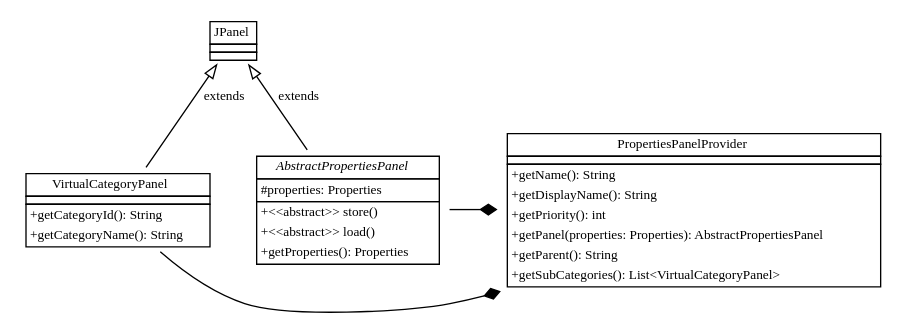
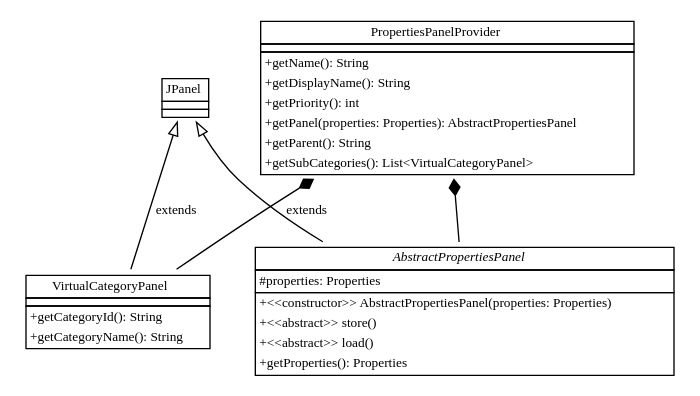
One commit to otmarjr/jInfer-fork changed the diagram in doc/jInfer/projecttype/uml_properties.gv. Above: the diagram before and after it, drawn with Graphviz. The commit also changed 3 other files, not shown here.

```diff
--- a/doc/jInfer/projecttype/uml_properties.gv
+++ b/doc/jInfer/projecttype/uml_properties.gv
@@ -1,81 +1,90 @@
 digraph uml_basic_full {
 	rankdir = BT;
 	node [shape = rectangle, fontname = "TeXGyrePagella-Regular", fontsize = 10];
 	edge [fontname = "TeXGyrePagella-Regular", fontsize = 10, arrowhead = empty];
 
 {
 	rank = same;
 
 	JPanel [shape = plaintext, label = <
 	<table cellspacing="0" cellborder="1" border="0">
 		<tr><td>
 			<font face="TeXGyrePagella-Bold" point-size="10">JPanel</font>
 		</td></tr>
 		<tr><td></td></tr>
 		<tr><td></td></tr>
 	</table>>];
 }
 
 {
 	rank = same;
 
 	VirtualCategoryPanel [shape = plaintext, label = <
 	<table cellspacing="0" cellborder="1" border="0">
 		<tr><td>
 			<font face="TeXGyrePagella-Bold" point-size="10">VirtualCategoryPanel</font>
 		</td></tr>
 		<tr><td></td></tr>
 		<tr><td cellpadding="0">
 			<table cellspacing="0" cellborder="0" border="0">
 				<tr><td align="left"><font face="SFTT1000">+getCategoryId(): String</font></td></tr>
 				<tr><td align="left"><font face="SFTT1000">+getCategoryName(): String</font></td></tr>
 			</table>
 		</td></tr>
 	</table>>];
 
-	PropertiesPanelProvider [shape = plaintext, label = <
+
+	AbstractPropertiesPanel [shape = plaintext, label = <
+	<table cellspacing="0" cellborder="1" border="0">
+		<tr><td>
+			<font face="TeXGyrePagella-BoldItalic" point-size="10"><i>AbstractPropertiesPanel</i></font>
+		</td></tr>
+		<tr><td cellpadding="0">
+			<table cellspacing="0" cellborder="0" border="0">
+				<tr><td align="left"><font face="SFTT1000">#properties: Properties</font></td></tr>
+			</table>
+		</td></tr>
+		<tr><td cellpadding="0">
+			<table cellspacing="0" cellborder="0" border="0">
+				<tr><td align="left"><font face="SFTT1000">+&lt;&lt;constructor&gt;&gt; AbstractPropertiesPanel(properties: Properties)</font></td></tr>
+				<tr><td align="left"><font face="SFTT1000">+&lt;&lt;abstract&gt;&gt; store()</font></td></tr>
+				<tr><td align="left"><font face="SFTT1000">+&lt;&lt;abstract&gt;&gt; load()</font></td></tr>
+				<tr><td align="left"><font face="SFTT1000">+getProperties(): Properties</font></td></tr>
+			</table>
+		</td></tr>
+	</table>>];
+
+}
+
+{
+	rank = same;
+
+		PropertiesPanelProvider [shape = plaintext, label = <
 	<table cellspacing="0" cellborder="1" border="0">
 		<tr><td>
 			<font face="TeXGyrePagella-Bold" point-size="10">PropertiesPanelProvider</font>
 		</td></tr>
 		<tr><td></td></tr>
 		<tr><td cellpadding="0">
 			<table cellspacing="0" cellborder="0" border="0">
 				<tr><td align="left"><font face="SFTT1000">+getName(): String</font></td></tr>
 				<tr><td align="left"><font face="SFTT1000">+getDisplayName(): String</font></td></tr>
 				<tr><td align="left"><font face="SFTT1000">+getPriority(): int</font></td></tr>
 				<tr><td align="left"><font face="SFTT1000">+getPanel(properties: Properties): AbstractPropertiesPanel</font></td></tr>
 				<tr><td align="left"><font face="SFTT1000">+getParent(): String</font></td></tr>
 				<tr><td align="left"><font face="SFTT1000">+getSubCategories(): List&lt;VirtualCategoryPanel&gt;</font></td></tr>
 			</table>
 		</td></tr>
 	</table>>];
 
-	AbstractPropertiesPanel [shape = plaintext, label = <
-	<table cellspacing="0" cellborder="1" border="0">
-		<tr><td>
-			<font face="TeXGyrePagella-BoldItalic" point-size="10"><i>AbstractPropertiesPanel</i></font>
-		</td></tr>
-		<tr><td cellpadding="0">
-			<table cellspacing="0" cellborder="0" border="0">
-				<tr><td align="left"><font face="SFTT1000">#properties: Properties</font></td></tr>
-			</table>
-		</td></tr>
-		<tr><td cellpadding="0">
-			<table cellspacing="0" cellborder="0" border="0">
-				<tr><td align="left"><font face="SFTT1000">+&lt;&lt;abstract&gt;&gt; store()</font></td></tr>
-				<tr><td align="left"><font face="SFTT1000">+&lt;&lt;abstract&gt;&gt; load()</font></td></tr>
-				<tr><td align="left"><font face="SFTT1000">+getProperties(): Properties</font></td></tr>
-			</table>
-		</td></tr>
-	</table>>];
 }
-
-AbstractPropertiesPanel -> PropertiesPanelProvider [arrowhead = diamond];
-VirtualCategoryPanel -> PropertiesPanelProvider [arrowhead = diamond];
 
 VirtualCategoryPanel -> JPanel [label = "extends"];
 AbstractPropertiesPanel -> JPanel [label = "extends"];
 
 
+AbstractPropertiesPanel -> PropertiesPanelProvider [arrowhead = diamond];
+VirtualCategoryPanel -> PropertiesPanelProvider [arrowhead = diamond];
+
+
 }
```
